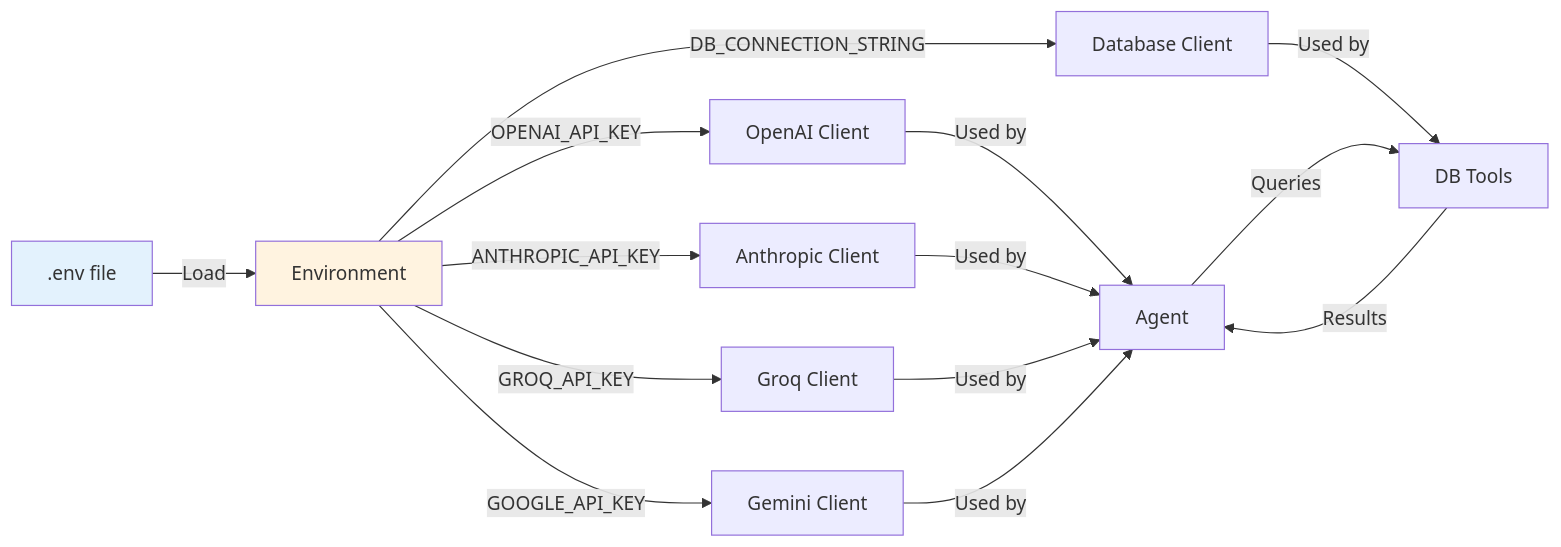
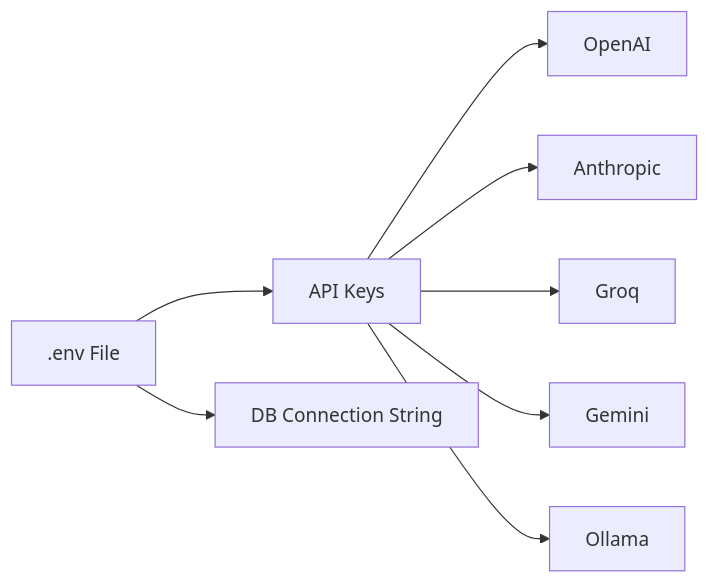
One commit to sourabh17aitr/NL_DB_Q changed the fourth of 4 diagrams in DATA_FLOW_DIAGRAM.md. Above: the diagram before and after it, drawn with Mermaid. The commit also changed other lines of this file and 10 other files, not shown here.

````diff
--- a/DATA_FLOW_DIAGRAM.md
+++ b/DATA_FLOW_DIAGRAM.md
@@ -273,21 +151,10 @@
 ```mermaid
 graph LR
-    A[.env file] -->|Load| B[Environment]
-    B -->|OPENAI_API_KEY| C[OpenAI Client]
-    B -->|ANTHROPIC_API_KEY| D[Anthropic Client]
-    B -->|GROQ_API_KEY| E[Groq Client]
-    B -->|GOOGLE_API_KEY| F[Gemini Client]
-    B -->|DB_CONNECTION_STRING| G[Database Client]
-    
-    C -->|Used by| H[Agent]
-    D -->|Used by| H
-    E -->|Used by| H
-    F -->|Used by| H
-    G -->|Used by| I[DB Tools]
-    
-    H -->|Queries| I
-    I -->|Results| H
-    
-    style A fill:#e3f2fd
-    style B fill:#fff3e0
+    A[.env File] --> B[API Keys]
+    B --> C[OpenAI]
+    B --> D[Anthropic]
+    B --> E[Groq]
+    B --> F[Gemini]
+    B --> G[Ollama]
+    A --> H[DB Connection String]
 ```
````
